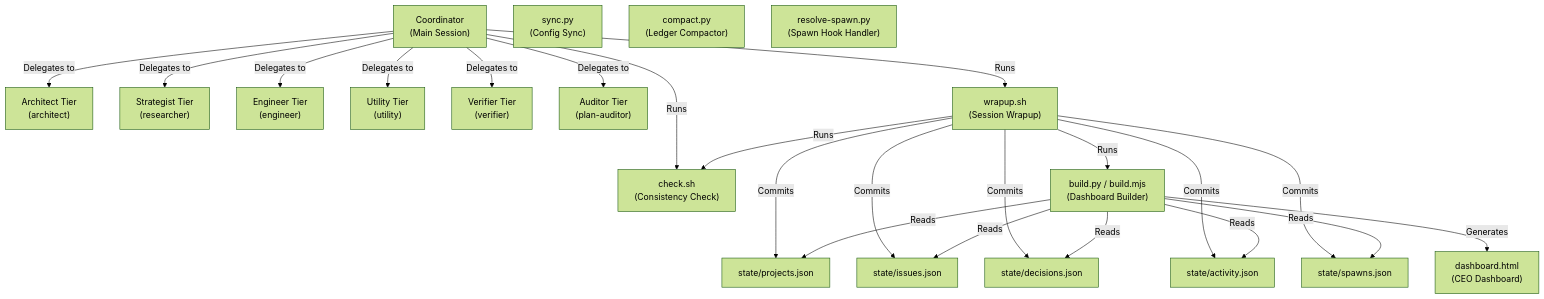
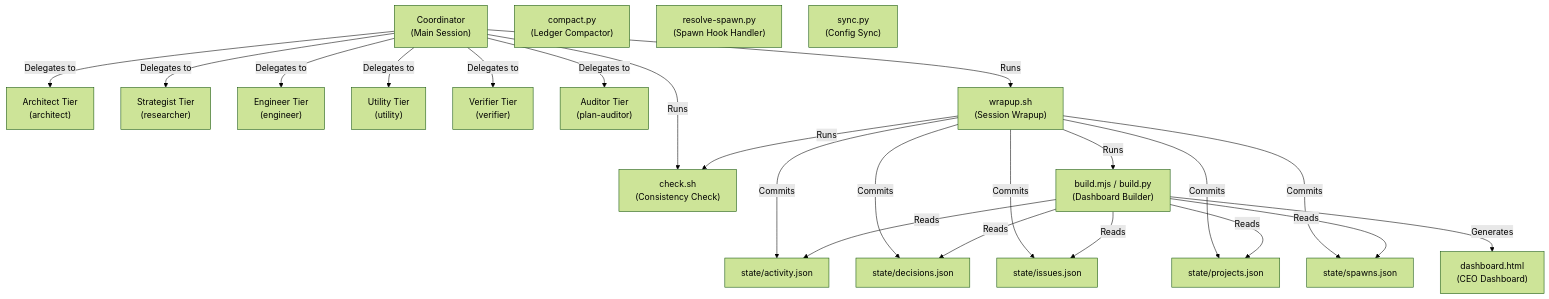
One commit to TimJJTing/Flywheel changed the diagram in docs/ARCHITECTURE.md. Above: the diagram before and after it, drawn with Mermaid (forest theme). The commit also changed other lines of this file and 1 other file, not shown here.

Commit message:
refactor(dashboard): gen_architecture.py dynamic discovery instead of hardcoded diagram
Tiers, scripts, state ledgers, dashboard artifacts, tech-stack overview,
and wrapup edges are now all discovered from the filesystem and config.json.
Verified by independent verifier (9/9 criteria PASS).

````diff
--- a/docs/ARCHITECTURE.md
+++ b/docs/ARCHITECTURE.md
@@ -13,63 +13,63 @@
 ```mermaid
 flowchart TD
     coord["Coordinator<br>(Main Session)"]
     architect["Architect Tier<br>(architect)"]
     strategist["Strategist Tier<br>(researcher)"]
     engineer["Engineer Tier<br>(engineer)"]
     utility["Utility Tier<br>(utility)"]
     verifier["Verifier Tier<br>(verifier)"]
     auditor["Auditor Tier<br>(plan-auditor)"]
 
     check_sh["check.sh<br>(Consistency Check)"]
     wrapup_sh["wrapup.sh<br>(Session Wrapup)"]
-    sync_py["sync.py<br>(Config Sync)"]
     compact_py["compact.py<br>(Ledger Compactor)"]
     resolve_spawn_py["resolve-spawn.py<br>(Spawn Hook Handler)"]
+    sync_py["sync.py<br>(Config Sync)"]
 
-    state_projects["state/projects.json"]
-    state_issues["state/issues.json"]
-    state_decisions["state/decisions.json"]
-    state_activity["state/activity.json"]
-    state_spawns["state/spawns.json"]
+    state_activity_json["state/activity.json"]
+    state_decisions_json["state/decisions.json"]
+    state_issues_json["state/issues.json"]
+    state_projects_json["state/projects.json"]
+    state_spawns_json["state/spawns.json"]
 
-    build_py["build.py / build.mjs<br>(Dashboard Builder)"]
-    dashboard["dashboard.html<br>(CEO Dashboard)"]
+    build_scripts["build.mjs / build.py<br>(Dashboard Builder)"]
+    dashboard_html["dashboard.html<br>(CEO Dashboard)"]
 
     coord -->|Delegates to| architect
     coord -->|Delegates to| strategist
     coord -->|Delegates to| engineer
     coord -->|Delegates to| utility
     coord -->|Delegates to| verifier
     coord -->|Delegates to| auditor
 
     coord -->|Runs| check_sh
     coord -->|Runs| wrapup_sh
-    
+
     wrapup_sh -->|Runs| check_sh
-    wrapup_sh -->|Runs| build_py
-    wrapup_sh -->|Commits| state_projects
-    wrapup_sh -->|Commits| state_issues
-    wrapup_sh -->|Commits| state_decisions
-    wrapup_sh -->|Commits| state_activity
-    wrapup_sh -->|Commits| state_spawns
+    wrapup_sh -->|Runs| build_scripts
+    wrapup_sh -->|Commits| state_activity_json
+    wrapup_sh -->|Commits| state_decisions_json
+    wrapup_sh -->|Commits| state_issues_json
+    wrapup_sh -->|Commits| state_projects_json
+    wrapup_sh -->|Commits| state_spawns_json
 
-    build_py -->|Reads| state_projects
-    build_py -->|Reads| state_issues
-    build_py -->|Reads| state_decisions
-    build_py -->|Reads| state_activity
-    build_py -->|Reads| state_spawns
-    build_py -->|Generates| dashboard
+    build_scripts -->|Reads| state_activity_json
+    build_scripts -->|Reads| state_decisions_json
+    build_scripts -->|Reads| state_issues_json
+    build_scripts -->|Reads| state_projects_json
+    build_scripts -->|Reads| state_spawns_json
+    build_scripts -->|Generates| dashboard_html
 
     click coord "../flywheel/INDEX.md" "View framework index"
-    click check_sh "../flywheel/check.sh" "View check.sh script"
-    click wrapup_sh "../flywheel/wrapup.sh" "View wrapup.sh script"
-    click sync_py "../flywheel/sync.py" "View sync.py script"
-    click compact_py "../flywheel/compact.py" "View compact.py script"
-    click resolve_spawn_py "../flywheel/resolve-spawn.py" "View resolve-spawn.py script"
-    click state_projects "../flywheel/state/projects.json" "View projects ledger"
-    click state_issues "../flywheel/state/issues.json" "View issues ledger"
-    click state_decisions "../flywheel/state/decisions.json" "View decisions ledger"
-    click state_activity "../flywheel/state/activity.json" "View activity ledger"
-    click state_spawns "../flywheel/state/spawns.json" "View spawns ledger"
-    click dashboard "../flywheel/dashboard/dashboard.html" "View compiled dashboard"
+    click check_sh "../flywheel/check.sh" "View check.sh"
+    click wrapup_sh "../flywheel/wrapup.sh" "View wrapup.sh"
+    click compact_py "../flywheel/compact.py" "View compact.py"
+    click resolve_spawn_py "../flywheel/resolve-spawn.py" "View resolve-spawn.py"
+    click sync_py "../flywheel/sync.py" "View sync.py"
+    click state_activity_json "../flywheel/state/activity.json" "View activity.json"
+    click state_decisions_json "../flywheel/state/decisions.json" "View decisions.json"
+    click state_issues_json "../flywheel/state/issues.json" "View issues.json"
+    click state_projects_json "../flywheel/state/projects.json" "View projects.json"
+    click state_spawns_json "../flywheel/state/spawns.json" "View spawns.json"
+    click dashboard_html "../flywheel/dashboard/dashboard.html" "View compiled dashboard"
 ```
````
